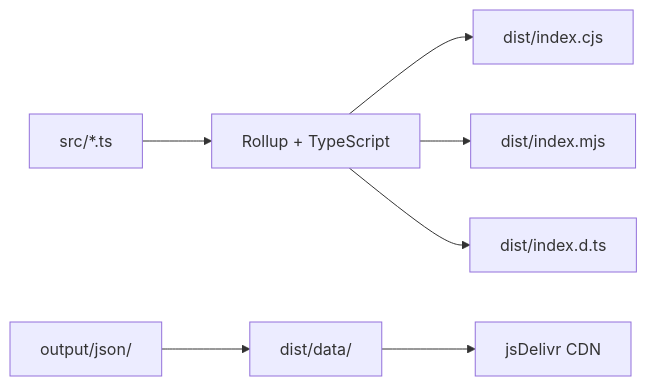
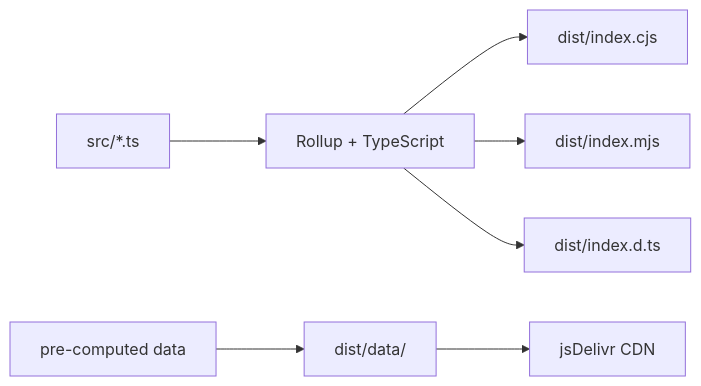
Before and after one commit to huydhoang/lunisolar-calendar: the tenth of 12 diagrams in ARCHITECTURE.md, drawn with Mermaid. The commit also changed other lines of this file and 692 other files, not shown here.

Commit message:
Restructure repository: rename wasm/→ports/, move archive/pkg-ts/→ports/lunisolar-ts/, rename data/→lunisolar-python/, remove output/json/

````diff
--- a/ARCHITECTURE.md
+++ b/ARCHITECTURE.md
@@ -508,9 +508,9 @@
 ```mermaid
 graph LR
     SRC[src/*.ts] --> ROLLUP[Rollup + TypeScript]
     ROLLUP --> CJS[dist/index.cjs]
     ROLLUP --> ESM[dist/index.mjs]
     ROLLUP --> DTS[dist/index.d.ts]
-    DATA[output/json/] --> DIST_DATA[dist/data/]
+    DATA[pre-computed data] --> DIST_DATA[dist/data/]
     DIST_DATA --> CDN[jsDelivr CDN]
 ```
````
